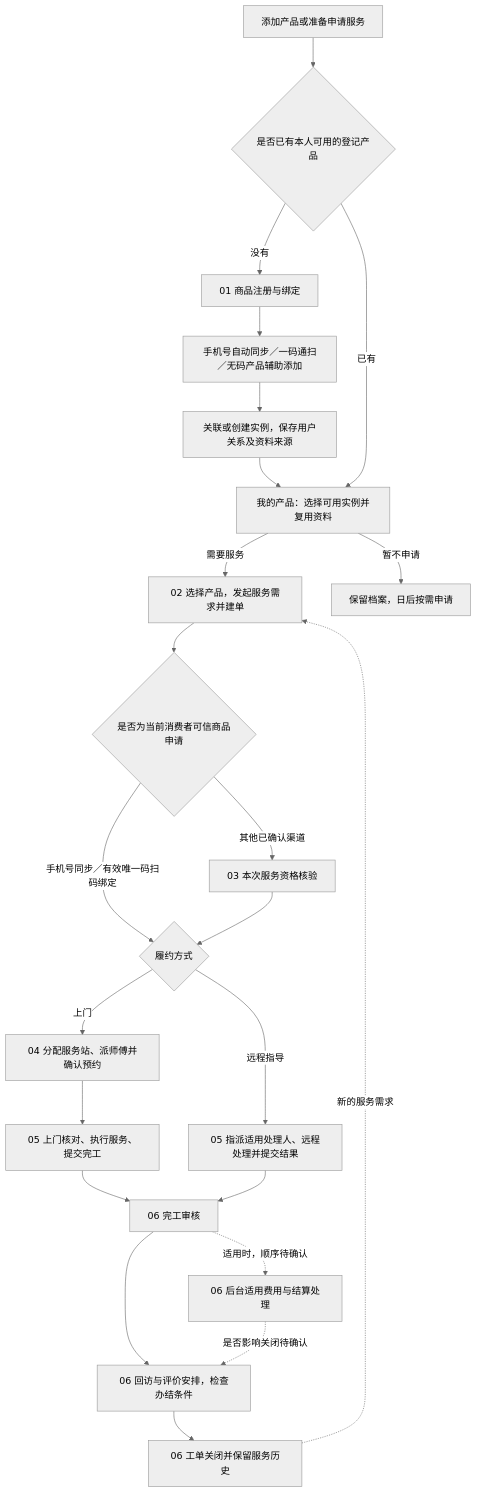
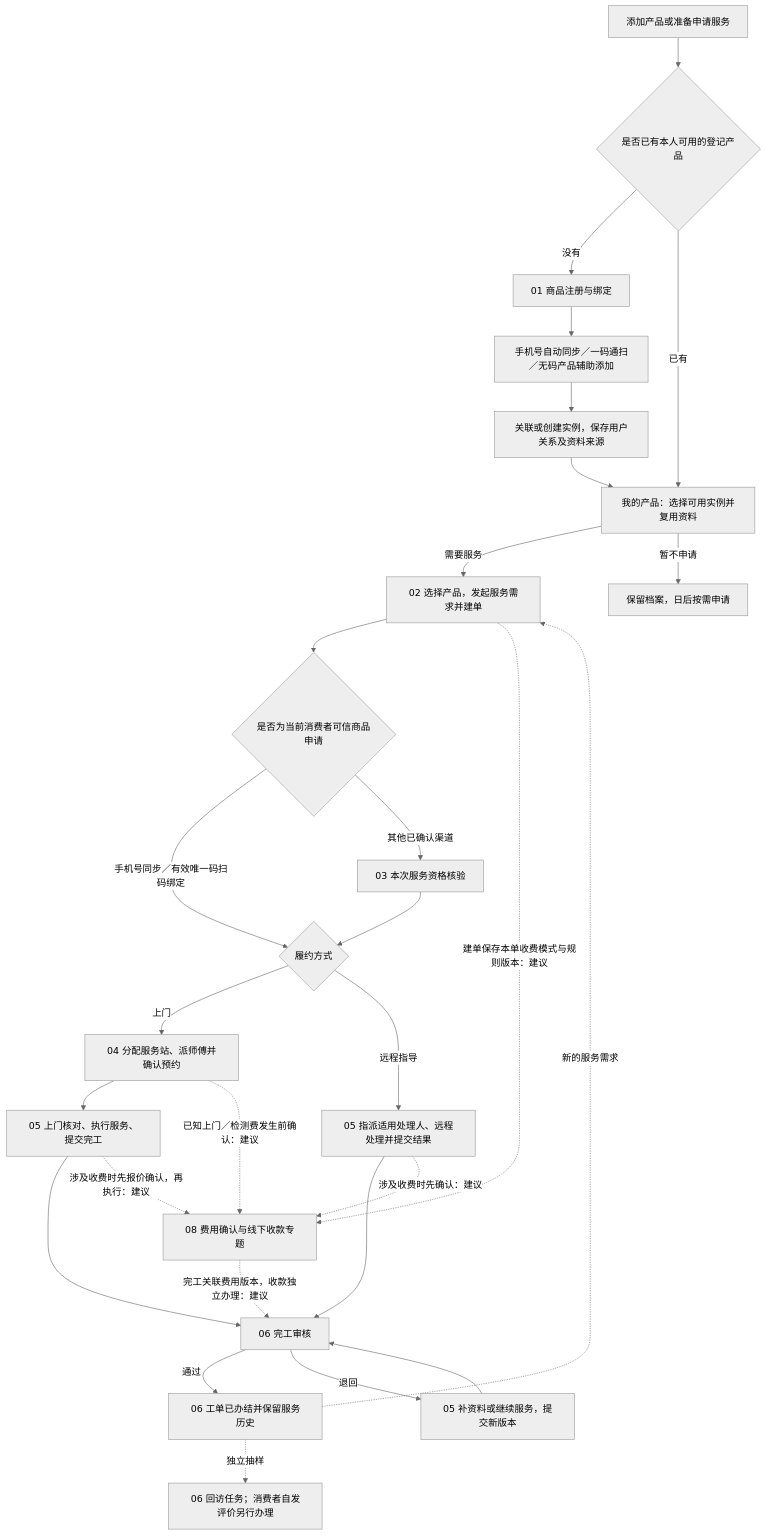
Before and after one commit to zhiyuan23/toto-after-sales-docs: the diagram in 05-业务流程/00-售后全流程总览.md, drawn with Mermaid (neutral theme). The commit also changed other lines of this file and 41 other files, not shown here.

````diff
--- a/05-业务流程/00-售后全流程总览.md
+++ b/05-业务流程/00-售后全流程总览.md
@@ -30,25 +30,30 @@
 ```mermaid
 flowchart TD
     START[添加产品或准备申请服务] --> HAS{是否已有本人可用的登记产品}
     HAS -->|没有| P[01 商品注册与绑定]
     P --> P1[手机号自动同步／一码通扫／无码产品辅助添加]
     P1 --> LINK[关联或创建实例，保存用户关系及资料来源]
     LINK --> PRODUCT[我的产品：选择可用实例并复用资料]
     HAS -->|已有| PRODUCT
     PRODUCT -->|需要服务| A[02 选择产品，发起服务需求并建单]
     PRODUCT -->|暂不申请| SAVE[保留档案，日后按需申请]
     A --> T{是否为当前消费者可信商品申请}
     T -->|手机号同步／有效唯一码扫码绑定| C
     T -->|其他已确认渠道| B[03 本次服务资格核验]
     B --> C{履约方式}
     C -->|上门| D[04 分配服务站、派师傅并确认预约]
     D --> E[05 上门核对、执行服务、提交完工]
     C -->|远程指导| F[05 指派适用处理人、远程处理并提交结果]
     E --> G[06 完工审核]
     F --> G
-    G --> H[06 回访与评价安排，检查办结条件]
-    H --> I[06 工单关闭并保留服务历史]
-    G -. 适用时，顺序待确认 .-> J[06 后台适用费用与结算处理]
-    J -. 是否影响关闭待确认 .-> H
+    G -->|通过| I[06 工单已办结并保留服务历史]
+    G -->|退回| EVIDENCE[05 补资料或继续服务，提交新版本]
+    EVIDENCE --> G
+    I -. 独立抽样 .-> H[06 回访任务；消费者自发评价另行办理]
+    A -. 建单保存本单收费模式与规则版本：建议 .-> J[08 费用确认与线下收款专题]
+    D -. 已知上门／检测费发生前确认：建议 .-> J
+    E -. 涉及收费时先报价确认，再执行：建议 .-> J
+    F -. 涉及收费时先确认：建议 .-> J
+    J -. 完工关联费用版本，收款独立办理：建议 .-> G
     I -. 新的服务需求 .-> A
 ```
````
